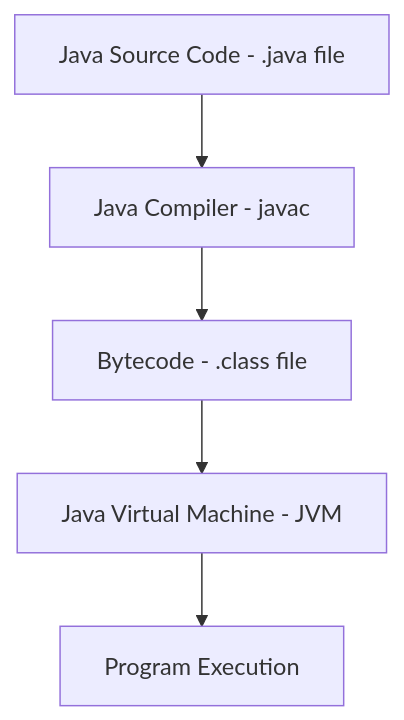
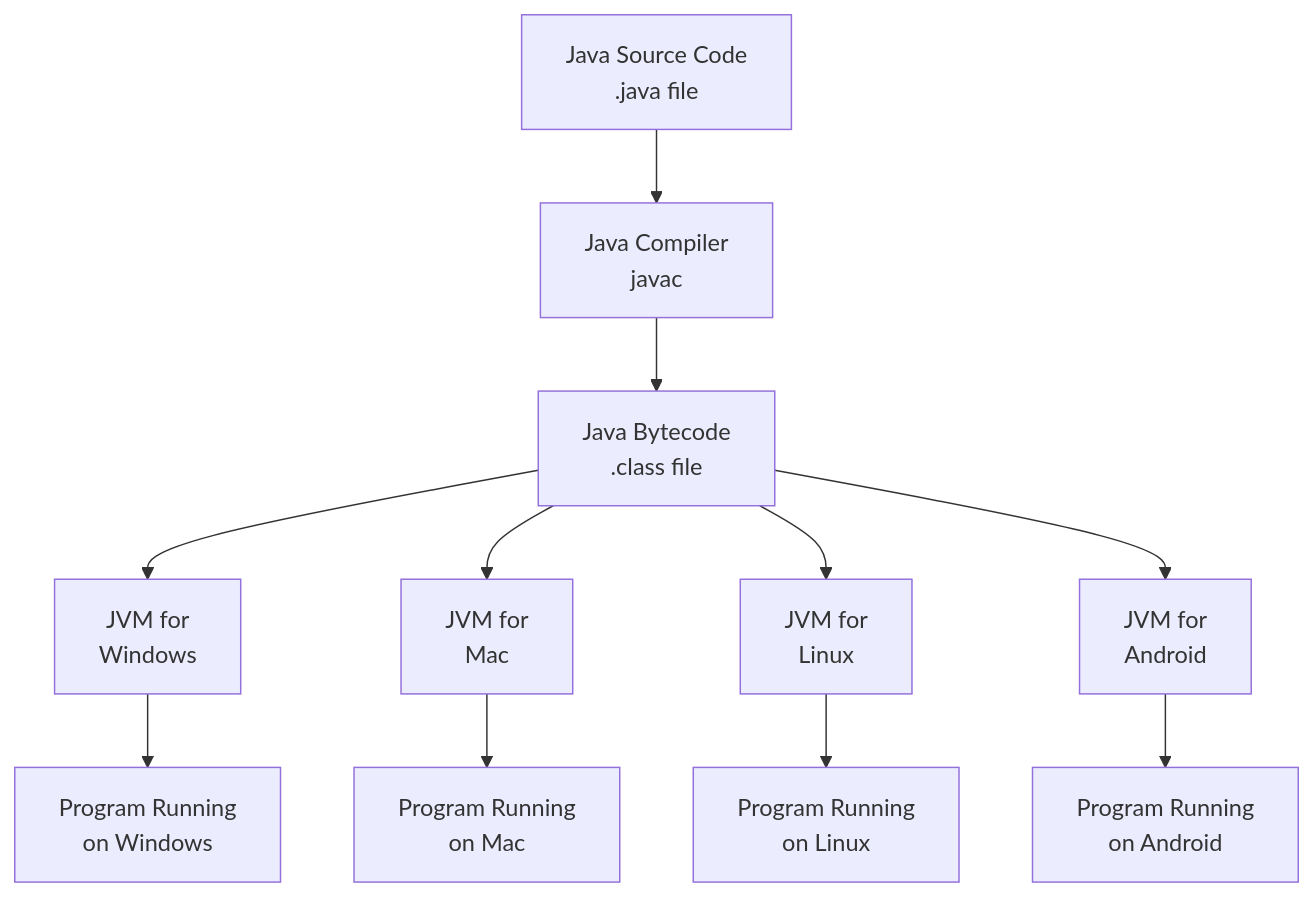
Before and after one commit to wahidyankf/oss: the first of 3 diagrams in apps-standalone/ayokoding-web/content/en/learn/crash-courses/swe/lang/java/basics.md, drawn with Mermaid. The commit also changed other lines of this file and 40 other files, not shown here.

````diff
--- a/apps-standalone/ayokoding-web/content/en/learn/crash-courses/swe/lang/java/basics.md
+++ b/apps-standalone/ayokoding-web/content/en/learn/crash-courses/swe/lang/java/basics.md
@@ -68,7 +22,13 @@
 ```mermaid
 graph TD
-    A[Java Source Code - .java file] --> B[Java Compiler - javac]
-    B --> C[Bytecode - .class file]
-    C --> D[Java Virtual Machine - JVM]
-    D --> E[Program Execution]
+    A[Java Source Code<br>.java file] --> B[Java Compiler<br>javac]
+    B --> C[Java Bytecode<br>.class file]
+    C --> D[JVM for<br>Windows]
+    C --> E[JVM for<br>Mac]
+    C --> F[JVM for<br>Linux]
+    C --> G[JVM for<br>Android]
+    D --> H[Program Running<br>on Windows]
+    E --> I[Program Running<br>on Mac]
+    F --> J[Program Running<br>on Linux]
+    G --> K[Program Running<br>on Android]
 ```
````
